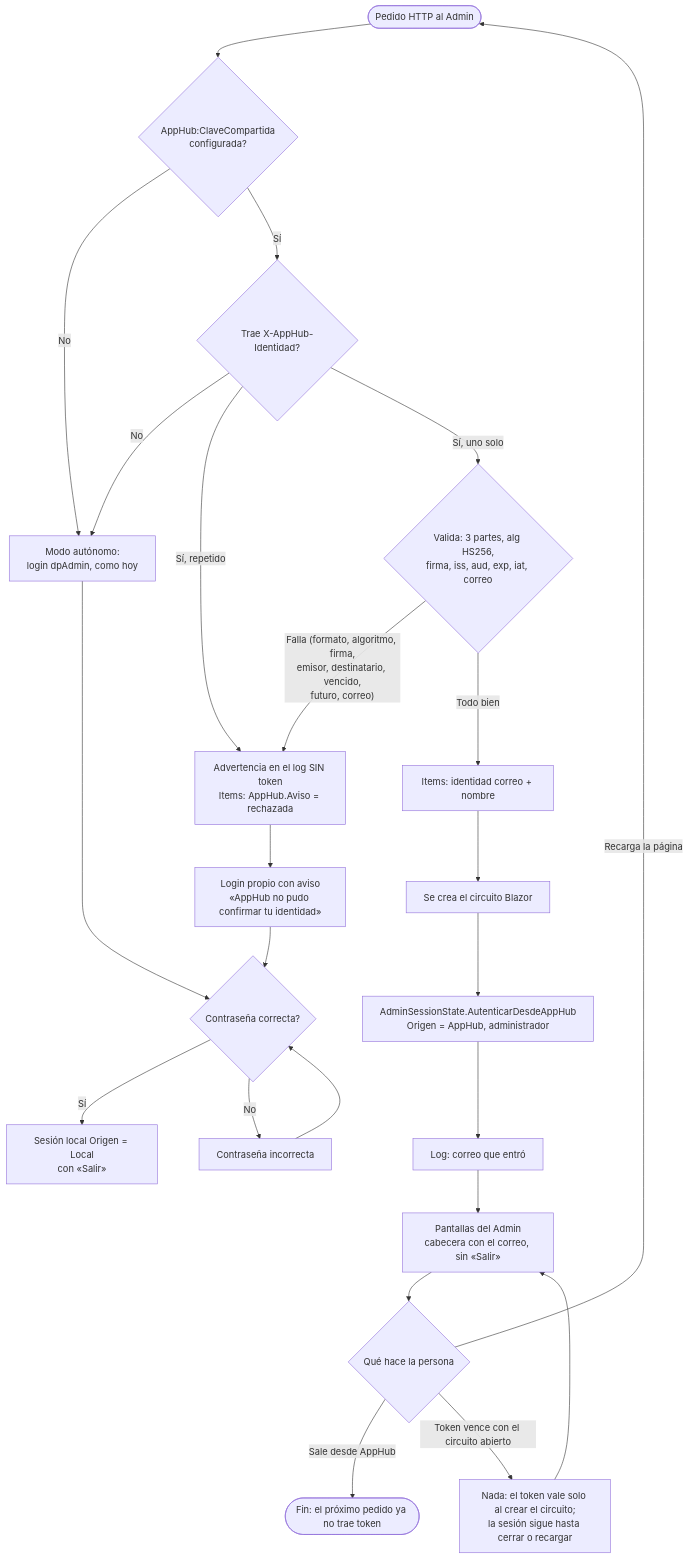
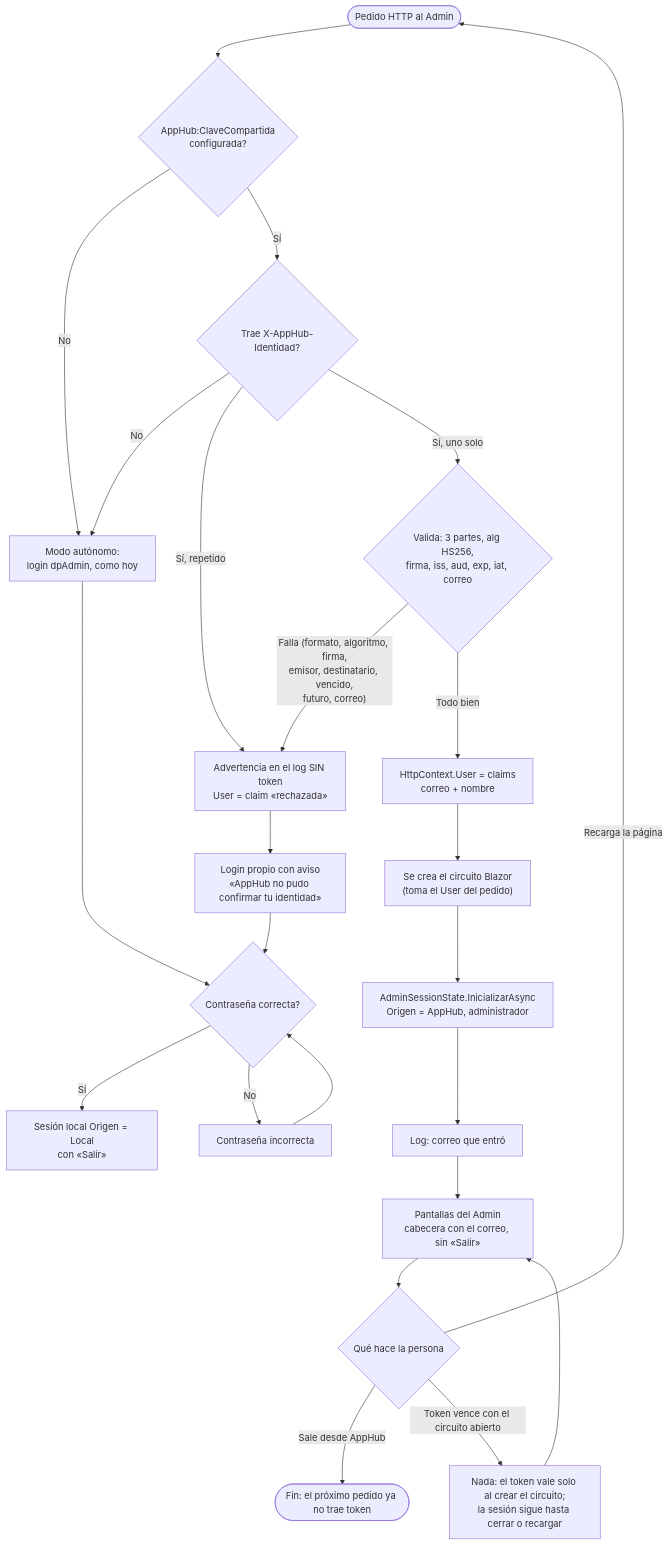
One commit to Mjulian-alv/MiddleWare changed the diagram in docs/Diseño/00157-identidad-apphub/_fuente/flujograma.mmd. Above: the diagram before and after it, drawn with Mermaid. The commit also changed 18 other files, not shown here.

First line of the commit message:
feat(admin): identidad de AppHub en el Admin y PathBase (TAREA 00157)

```diff
--- a/docs/Diseño/00157-identidad-apphub/_fuente/flujograma.mmd
+++ b/docs/Diseño/00157-identidad-apphub/_fuente/flujograma.mmd
@@ -1,24 +1,24 @@
 flowchart TD
     A([Pedido HTTP al Admin]) --> B{AppHub:ClaveCompartida<br/>configurada?}
     B -- No --> L[Modo autónomo:<br/>login dpAdmin, como hoy]
     B -- Sí --> C{Trae X-AppHub-Identidad?}
     C -- No --> L
     C -- "Sí, repetido" --> R
     C -- "Sí, uno solo" --> V{Valida: 3 partes, alg HS256,<br/>firma, iss, aud, exp, iat, correo}
-    V -- "Falla (formato, algoritmo, firma,<br/>emisor, destinatario, vencido,<br/>futuro, correo)" --> R[Advertencia en el log SIN token<br/>Items: AppHub.Aviso = rechazada]
+    V -- "Falla (formato, algoritmo, firma,<br/>emisor, destinatario, vencido,<br/>futuro, correo)" --> R[Advertencia en el log SIN token<br/>User = claim «rechazada»]
     R --> LA[Login propio con aviso<br/>«AppHub no pudo confirmar tu identidad»]
-    V -- Todo bien --> I[Items: identidad correo + nombre]
-    I --> K[Se crea el circuito Blazor]
-    K --> S[AdminSessionState.AutenticarDesdeAppHub<br/>Origen = AppHub, administrador]
+    V -- Todo bien --> I[HttpContext.User = claims<br/>correo + nombre]
+    I --> K["Se crea el circuito Blazor<br/>(toma el User del pedido)"]
+    K --> S[AdminSessionState.InicializarAsync<br/>Origen = AppHub, administrador]
     S --> U[Log: correo que entró]
     U --> P[Pantallas del Admin<br/>cabecera con el correo, sin «Salir»]
     P --> Q{Qué hace la persona}
     Q -- "Recarga la página" --> A
     Q -- "Sale desde AppHub" --> X([Fin: el próximo pedido ya no trae token])
     Q -- "Token vence con el circuito abierto" --> M[Nada: el token vale solo al crear el circuito;<br/>la sesión sigue hasta cerrar o recargar]
     M --> P
     L --> LL{Contraseña correcta?}
     LA --> LL
     LL -- Sí --> PL[Sesión local Origen = Local<br/>con «Salir»]
     LL -- No --> LA2[Contraseña incorrecta]
     LA2 --> LL
```
